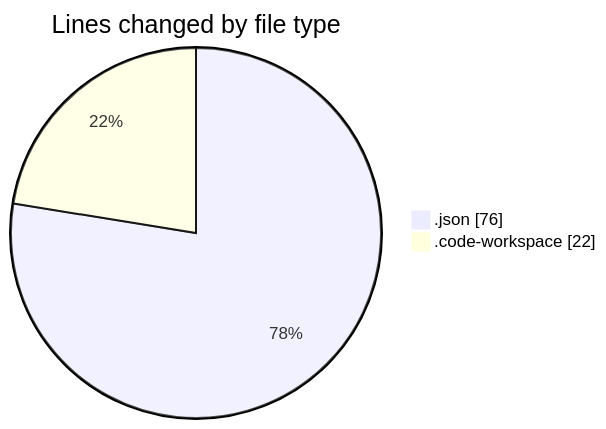
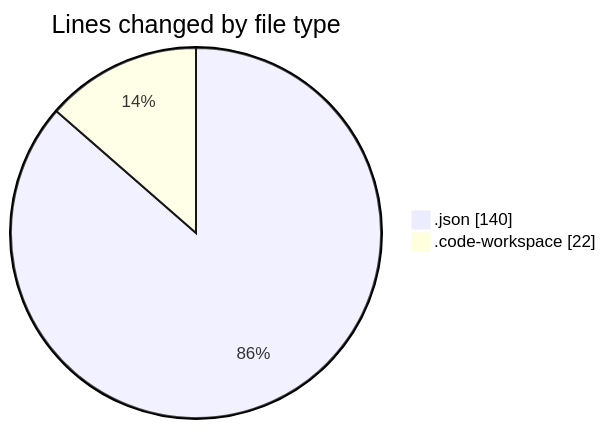
The first of 2 diagrams in 2026-02-26/shadcn-admin-kit-main__workspace_/README.md (jadenblack/code-tracking), drawn with Mermaid before and after one commit. The commit also changed other lines of this file and 1 other file, not shown here.

````diff
--- a/2026-02-26/shadcn-admin-kit-main__workspace_/README.md
+++ b/2026-02-26/shadcn-admin-kit-main__workspace_/README.md
@@ -22,6 +22,6 @@
 ```mermaid
 pie showData
 title Lines changed by file type
-".json" : 76
+".json" : 140
 ".code-workspace" : 22
 ```
````
